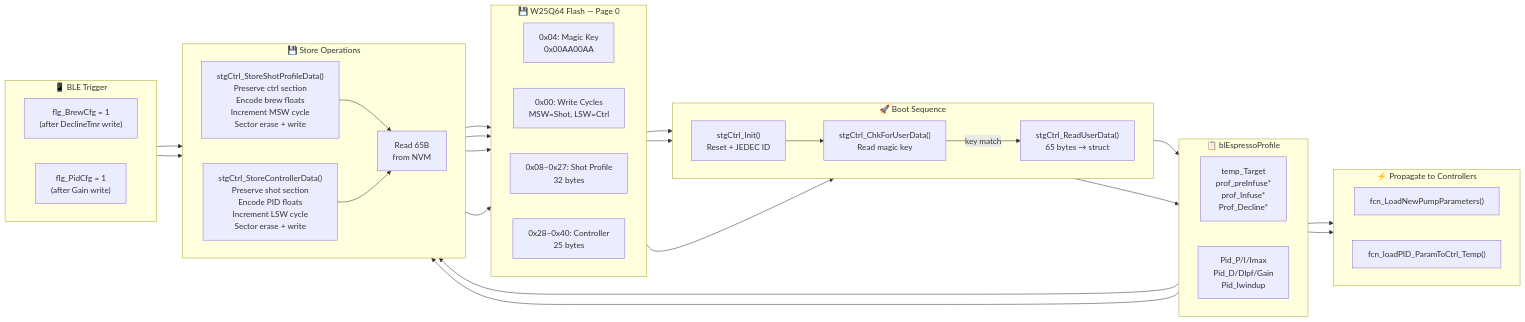
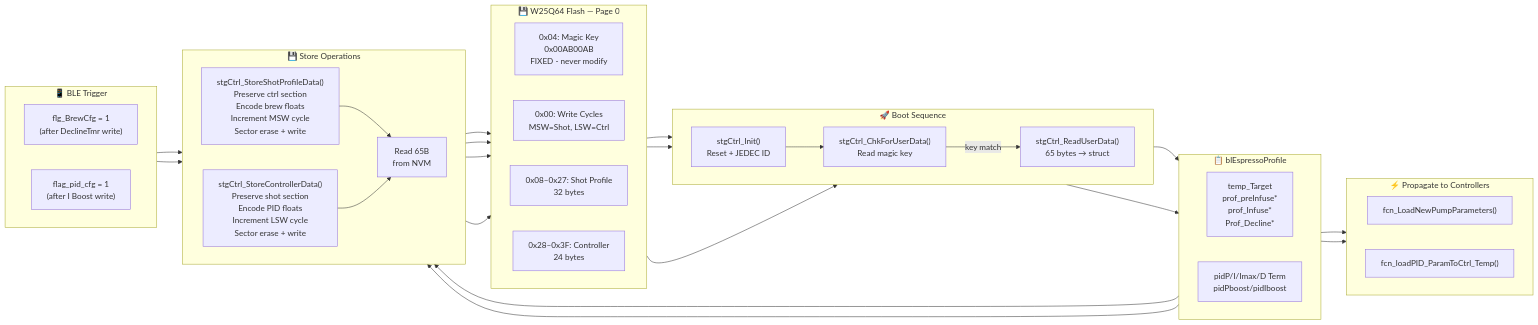
The diagram in docs/architecture/flows/nvm-persistence/nvm-persistence_diagram.mermaid (FranciscoGomezR/GaggiaControllerX), drawn with Mermaid before and after one commit. The commit also changed 31 other files, not shown here.

```diff
--- a/docs/architecture/flows/nvm-persistence/nvm-persistence_diagram.mermaid
+++ b/docs/architecture/flows/nvm-persistence/nvm-persistence_diagram.mermaid
@@ -1,61 +1,61 @@
 flowchart LR
     subgraph boot["🚀 Boot Sequence"]
         direction LR
         INIT["stgCtrl_Init()\nReset + JEDEC ID"]
         CHK["stgCtrl_ChkForUserData()\nRead magic key"]
         LOAD["stgCtrl_ReadUserData()\n65 bytes → struct"]
     end
 
     subgraph nvm["💾 W25Q64 Flash — Page 0"]
         direction LR
-        KEY["0x04: Magic Key\n0x00AA00AA"]
+        KEY["0x04: Magic Key\n0x00AB00AB\nFIXED - never modify"]
         WCYC["0x00: Write Cycles\nMSW=Shot, LSW=Ctrl"]
         SHOT_NVM["0x08–0x27: Shot Profile\n32 bytes"]
-        CTRL_NVM["0x28–0x40: Controller\n25 bytes"]
+        CTRL_NVM["0x28–0x3F: Controller\n24 bytes"]
     end
 
     subgraph profile["📋 blEspressoProfile"]
         direction LR
         BREW_F["temp_Target\nprof_preInfuse*\nprof_Infuse*\nProf_Decline*"]
-        PID_F["Pid_P/I/Imax\nPid_D/Dlpf/Gain\nPid_Iwindup"]
+        PID_F["pidP/I/Imax/D Term\npidPboost/pidIboost"]
     end
 
     subgraph ble_trigger["📱 BLE Trigger"]
         direction LR
         FLG_B["flg_BrewCfg = 1\n(after DeclineTmr write)"]
-        FLG_P["flg_PidCfg = 1\n(after Gain write)"]
+        FLG_P["flag_pid_cfg = 1\n(after I Boost write)"]
     end
 
     subgraph store["💾 Store Operations"]
         direction LR
         RD["Read 65B\nfrom NVM"]
         SHOT_WR["stgCtrl_StoreShotProfileData()\nPreserve ctrl section\nEncode brew floats\nIncrement MSW cycle\nSector erase + write"]
         CTRL_WR["stgCtrl_StoreControllerData()\nPreserve shot section\nEncode PID floats\nIncrement LSW cycle\nSector erase + write"]
     end
 
     subgraph propagate["⚡ Propagate to Controllers"]
         direction LR
         TO_PUMP["fcn_LoadNewPumpParameters()"]
         TO_PID["fcn_loadPID_ParamToCtrl_Temp()"]
     end
 
     INIT --> CHK
     CHK -->|"key match"| LOAD
     KEY --> CHK
     SHOT_NVM --> LOAD
     CTRL_NVM --> LOAD
     LOAD --> BREW_F
     LOAD --> PID_F
     BREW_F --> TO_PUMP
     PID_F --> TO_PID
 
     FLG_B --> SHOT_WR
     FLG_P --> CTRL_WR
     BREW_F --> SHOT_WR
     PID_F --> CTRL_WR
     SHOT_WR --> RD
     CTRL_WR --> RD
     RD --> SHOT_NVM
     RD --> CTRL_NVM
     SHOT_WR --> WCYC
     CTRL_WR --> WCYC
```
